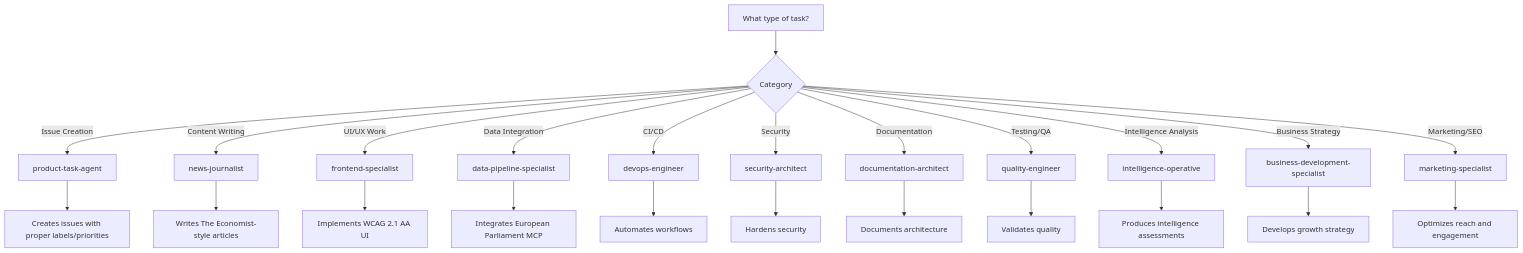
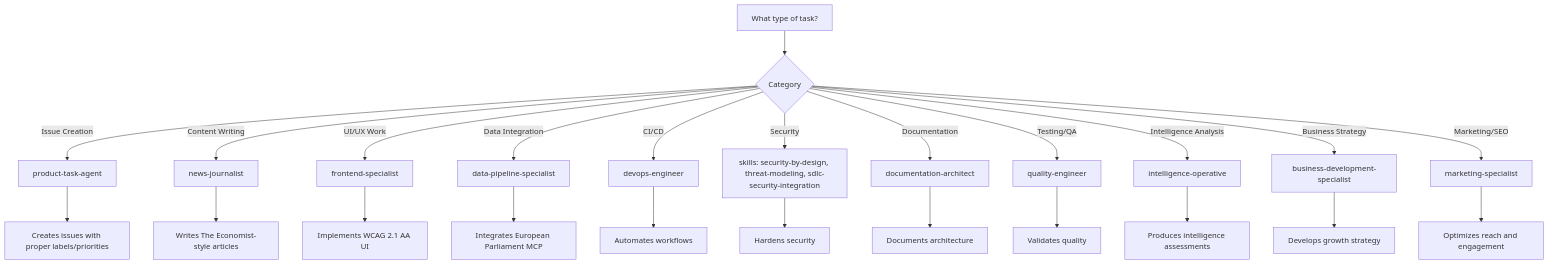
Before and after one commit to Hack23/euparliamentmonitor: the diagram in .github/agents/README.md, drawn with Mermaid. The commit also changed other lines of this file and 8 other files, not shown here.

````diff
--- a/.github/agents/README.md
+++ b/.github/agents/README.md
@@ -684,28 +703,28 @@
 ```mermaid
 graph TD
     A[What type of task?] --> B{Category}
     
     B -->|Issue Creation| C[product-task-agent]
     B -->|Content Writing| D[news-journalist]
     B -->|UI/UX Work| E[frontend-specialist]
     B -->|Data Integration| F[data-pipeline-specialist]
     B -->|CI/CD| G[devops-engineer]
-    B -->|Security| H[security-architect]
+    B -->|Security| H[skills: security-by-design, threat-modeling, sdlc-security-integration]
     B -->|Documentation| I[documentation-architect]
     B -->|Testing/QA| J[quality-engineer]
     B -->|Intelligence Analysis| K2[intelligence-operative]
     B -->|Business Strategy| L2[business-development-specialist]
     B -->|Marketing/SEO| M2[marketing-specialist]
     
     C --> K[Creates issues with proper labels/priorities]
     D --> L[Writes The Economist-style articles]
     E --> M[Implements WCAG 2.1 AA UI]
     F --> N[Integrates European Parliament MCP]
     G --> O[Automates workflows]
     H --> P[Hardens security]
     I --> Q[Documents architecture]
     J --> R[Validates quality]
     K2 --> S[Produces intelligence assessments]
     L2 --> T[Develops growth strategy]
     M2 --> U[Optimizes reach and engagement]
 ```
````
